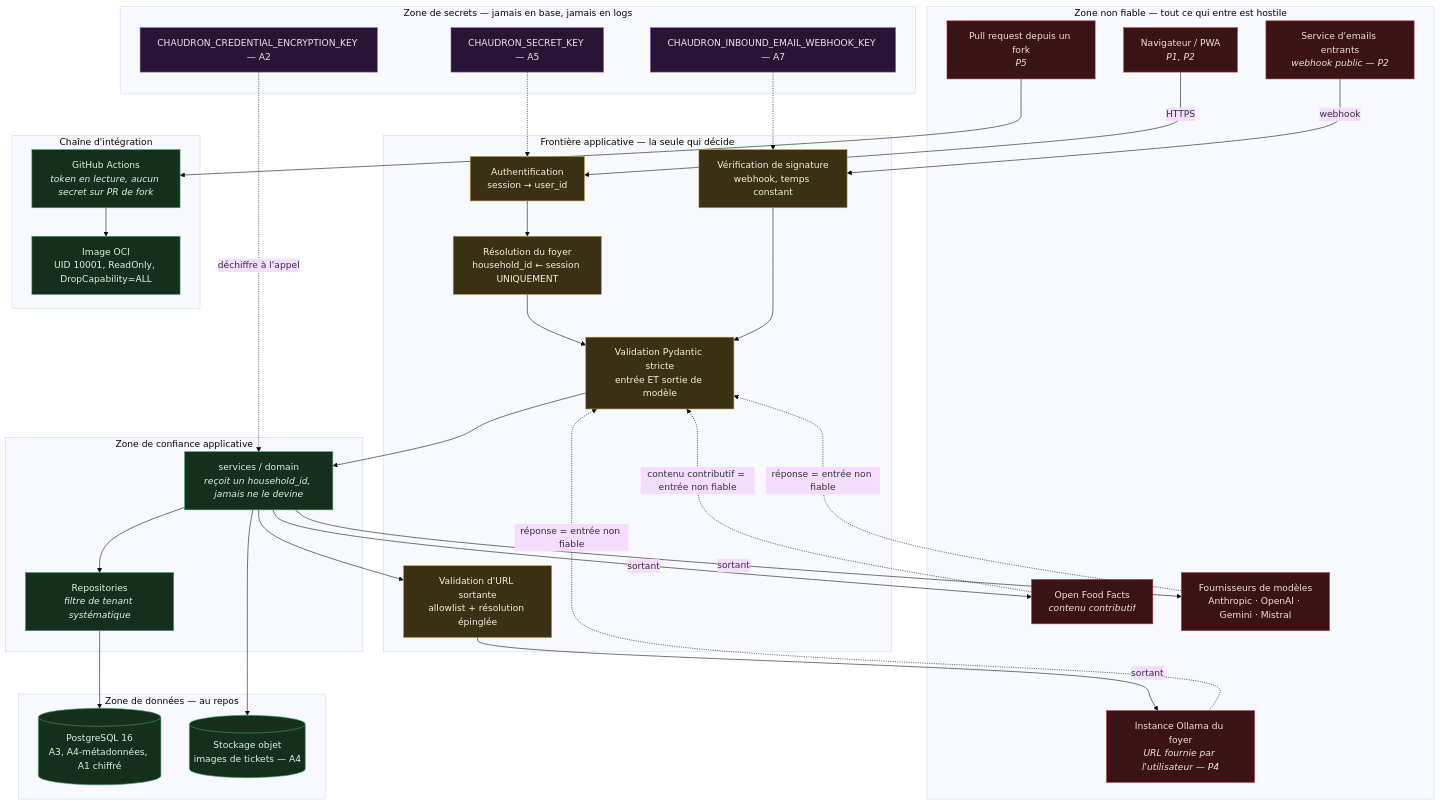
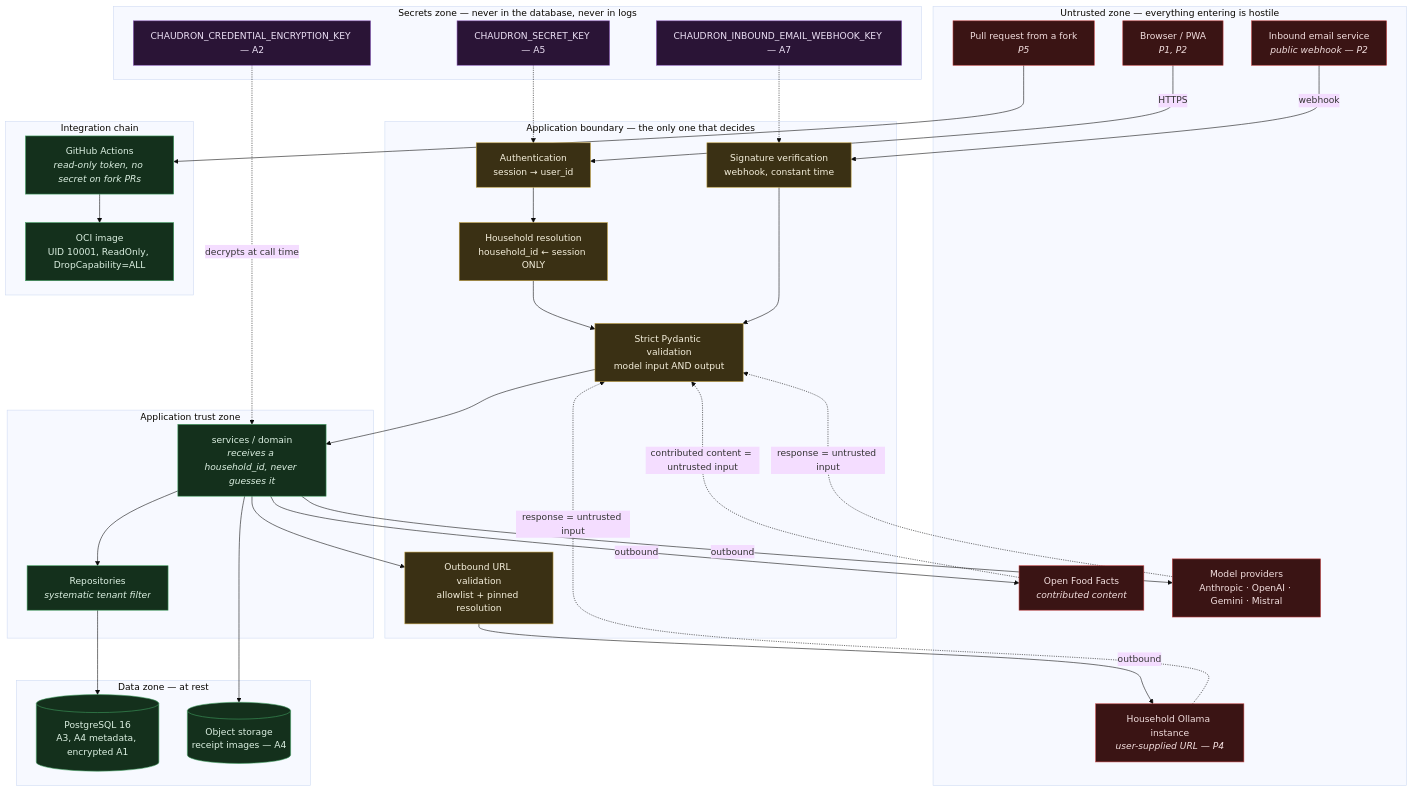
The diagram in docs/security-model.md (ClaraVnk/chaudron), drawn with Mermaid (base theme) before and after one commit. The commit also changed other lines of this file and 43 other files, not shown here.

````diff
--- a/docs/security-model.md
+++ b/docs/security-model.md
@@ -149,65 +144,65 @@
 ```mermaid
 flowchart TB
-    subgraph untrusted["Zone non fiable — tout ce qui entre est hostile"]
-        BROWSER["Navigateur / PWA<br/><i>P1, P2</i>"]
-        MAILSVC["Service d'emails entrants<br/><i>webhook public — P2</i>"]
-        OFF["Open Food Facts<br/><i>contenu contributif</i>"]
-        LLM["Fournisseurs de modèles<br/>Anthropic · OpenAI · Gemini · Mistral"]
-        OLLAMA["Instance Ollama du foyer<br/><i>URL fournie par l'utilisateur — P4</i>"]
-        FORK["Pull request depuis un fork<br/><i>P5</i>"]
+    subgraph untrusted["Untrusted zone — everything entering is hostile"]
+        BROWSER["Browser / PWA<br/><i>P1, P2</i>"]
+        MAILSVC["Inbound email service<br/><i>public webhook — P2</i>"]
+        OFF["Open Food Facts<br/><i>contributed content</i>"]
+        LLM["Model providers<br/>Anthropic · OpenAI · Gemini · Mistral"]
+        OLLAMA["Household Ollama instance<br/><i>user-supplied URL — P4</i>"]
+        FORK["Pull request from a fork<br/><i>P5</i>"]
     end
 
-    subgraph edge["Frontière applicative — la seule qui décide"]
-        AUTH["Authentification<br/>session → user_id"]
-        TENANT["Résolution du foyer<br/>household_id ← session UNIQUEMENT"]
-        VALID["Validation Pydantic stricte<br/>entrée ET sortie de modèle"]
-        SSRF["Validation d'URL sortante<br/>allowlist + résolution épinglée"]
-        SIG["Vérification de signature<br/>webhook, temps constant"]
+    subgraph edge["Application boundary — the only one that decides"]
+        AUTH["Authentication<br/>session → user_id"]
+        TENANT["Household resolution<br/>household_id ← session ONLY"]
+        VALID["Strict Pydantic validation<br/>model input AND output"]
+        SSRF["Outbound URL validation<br/>allowlist + pinned resolution"]
+        SIG["Signature verification<br/>webhook, constant time"]
     end
 
-    subgraph trusted["Zone de confiance applicative"]
-        SVC["services / domain<br/><i>reçoit un household_id, jamais ne le devine</i>"]
-        REPO["Repositories<br/><i>filtre de tenant systématique</i>"]
+    subgraph trusted["Application trust zone"]
+        SVC["services / domain<br/><i>receives a household_id, never guesses it</i>"]
+        REPO["Repositories<br/><i>systematic tenant filter</i>"]
     end
 
-    subgraph data["Zone de données — au repos"]
-        DB[("PostgreSQL 16<br/>A3, A4-métadonnées, A1 chiffré")]
-        OBJ[("Stockage objet<br/>images de tickets — A4")]
+    subgraph data["Data zone — at rest"]
+        DB[("PostgreSQL 16<br/>A3, A4 metadata, encrypted A1")]
+        OBJ[("Object storage<br/>receipt images — A4")]
     end
 
-    subgraph secrets["Zone de secrets — jamais en base, jamais en logs"]
+    subgraph secrets["Secrets zone — never in the database, never in logs"]
         KEK["CHAUDRON_CREDENTIAL_ENCRYPTION_KEY — A2"]
         SK["CHAUDRON_SECRET_KEY — A5"]
         WHK["CHAUDRON_INBOUND_EMAIL_WEBHOOK_KEY — A7"]
     end
 
-    subgraph ci["Chaîne d'intégration"]
-        GHA["GitHub Actions<br/><i>token en lecture, aucun secret sur PR de fork</i>"]
-        IMG["Image OCI<br/>UID 10001, ReadOnly, DropCapability=ALL"]
+    subgraph ci["Integration chain"]
+        GHA["GitHub Actions<br/><i>read-only token, no secret on fork PRs</i>"]
+        IMG["OCI image<br/>UID 10001, ReadOnly, DropCapability=ALL"]
     end
 
     BROWSER -->|HTTPS| AUTH --> TENANT --> VALID --> SVC
     MAILSVC -->|webhook| SIG --> VALID
     SVC --> REPO --> DB
     SVC --> OBJ
     SVC --> SSRF
-    SSRF -->|sortant| OLLAMA
-    SVC -->|sortant| LLM
-    SVC -->|sortant| OFF
-    LLM -.->|"réponse = entrée non fiable"| VALID
-    OFF -.->|"contenu contributif = entrée non fiable"| VALID
-    OLLAMA -.->|"réponse = entrée non fiable"| VALID
-    KEK -.->|déchiffre à l'appel| SVC
+    SSRF -->|outbound| OLLAMA
+    SVC -->|outbound| LLM
+    SVC -->|outbound| OFF
+    LLM -.->|"response = untrusted input"| VALID
+    OFF -.->|"contributed content = untrusted input"| VALID
+    OLLAMA -.->|"response = untrusted input"| VALID
+    KEK -.->|decrypts at call time| SVC
     SK -.-> AUTH
     WHK -.-> SIG
     FORK --> GHA --> IMG
 
     classDef danger fill:#3a1414,stroke:#c04040,color:#f2dede
     classDef boundary fill:#3a3014,stroke:#c0a040,color:#f5efdc
     classDef safe fill:#14301c,stroke:#40a060,color:#dcf0e2
     classDef secret fill:#2a1436,stroke:#9060c0,color:#ece0f5
     class BROWSER,MAILSVC,OFF,LLM,OLLAMA,FORK danger
     class AUTH,TENANT,VALID,SSRF,SIG boundary
     class SVC,REPO,DB,OBJ,GHA,IMG safe
     class KEK,SK,WHK secret
 ```
````
